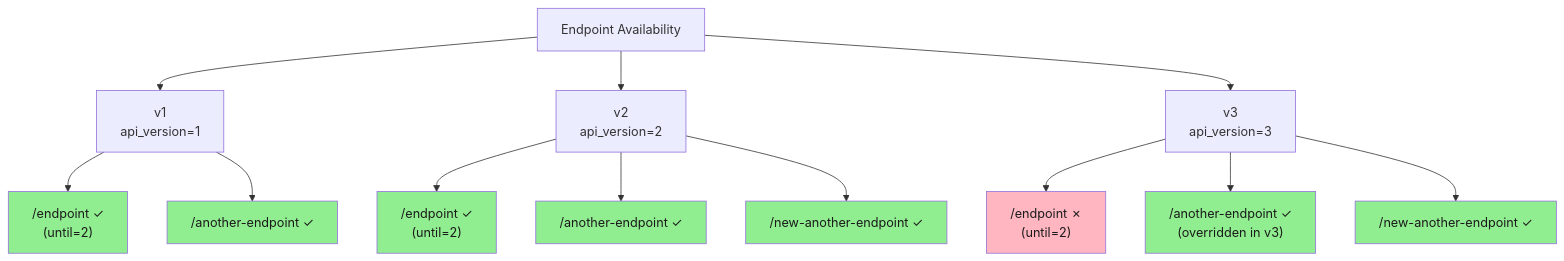
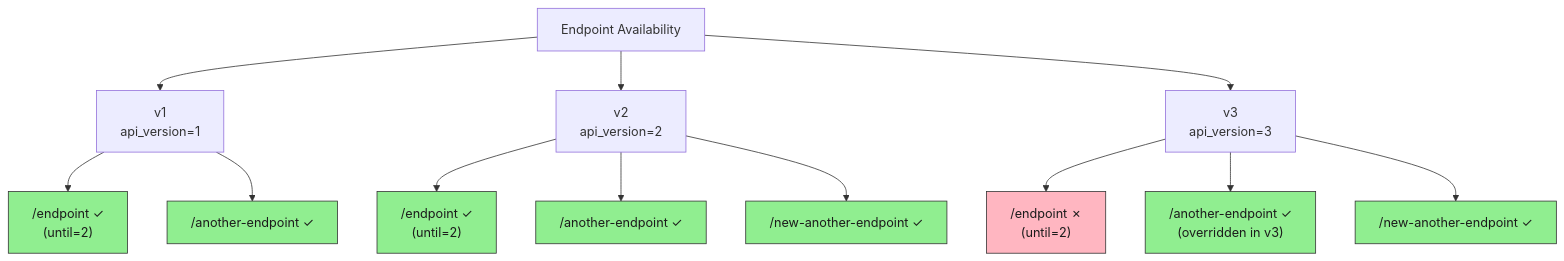
The diagram in docs/en/examples/simple.md (feodor-ra/fastapi-easy-versioning), drawn with Mermaid before and after one commit. The commit also changed 5 other files, not shown here.

Commit message:
docs: colour mermaid nodes with classDef instead of per-node styles

````diff
--- a/docs/en/examples/simple.md
+++ b/docs/en/examples/simple.md
@@ -81,31 +81,20 @@
 ```mermaid
 graph TD
     A[Endpoint Availability] --> B[v1<br/>api_version=1]
     A --> C[v2<br/>api_version=2]
     A --> D[v3<br/>api_version=3]
 
-    B --> B1["/endpoint ✓<br/>(until=2)"]
-    B --> B2["/another-endpoint ✓"]
+    B --> B1["/endpoint ✓<br/>(until=2)"]:::available
+    B --> B2["/another-endpoint ✓"]:::available
 
-    C --> C1["/endpoint ✓<br/>(until=2)"]
-    C --> C2["/another-endpoint ✓"]
-    C --> C3["/new-another-endpoint ✓"]
+    C --> C1["/endpoint ✓<br/>(until=2)"]:::available
+    C --> C2["/another-endpoint ✓"]:::available
+    C --> C3["/new-another-endpoint ✓"]:::available
 
-    D --> D1["/endpoint ✗<br/>(until=2)"]
-    D --> D2["/another-endpoint ✓<br/>(overridden in v3)"]
-    D --> D3["/new-another-endpoint ✓"]
+    D --> D1["/endpoint ✗<br/>(until=2)"]:::missing
+    D --> D2["/another-endpoint ✓<br/>(overridden in v3)"]:::available
+    D --> D3["/new-another-endpoint ✓"]:::available
 
-    style B1 fill:#90EE90,color:#1b1b1b
-    style B2 fill:#90EE90,color:#1b1b1b
-
-    style C1 fill:#90EE90,color:#1b1b1b
-    style C2 fill:#90EE90,color:#1b1b1b
-    style C3 fill:#90EE90,color:#1b1b1b
-
-    style D1 fill:#FFB6C1,color:#1b1b1b
-    style D2 fill:#90EE90,color:#1b1b1b
-    style D3 fill:#90EE90,color:#1b1b1b
-
-    classDef available fill:#90EE90,color:#1b1b1b,stroke:#333;
-    classDef notAvailable fill:#FFB6C1,color:#1b1b1b,stroke:#333;
+    classDef available fill:#90EE90,stroke:#333,color:#1b1b1b
+    classDef missing fill:#FFB6C1,stroke:#333,color:#1b1b1b
 ```
````
